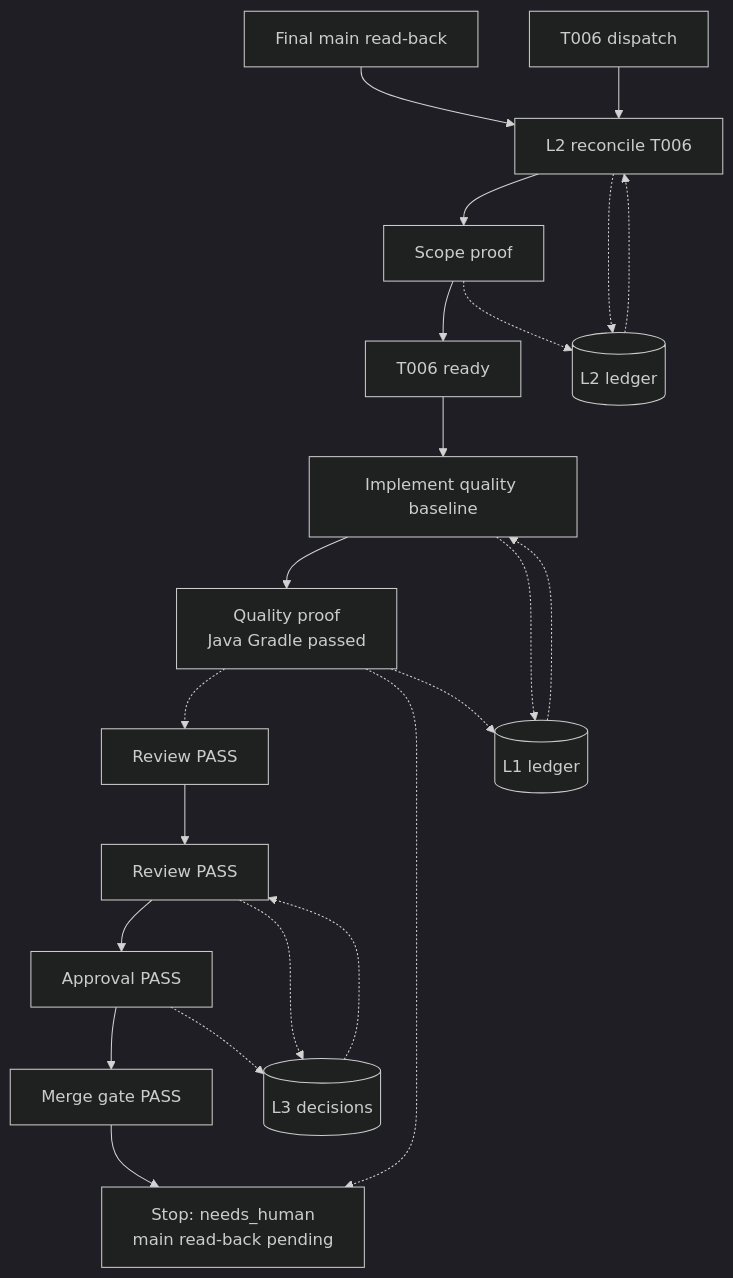
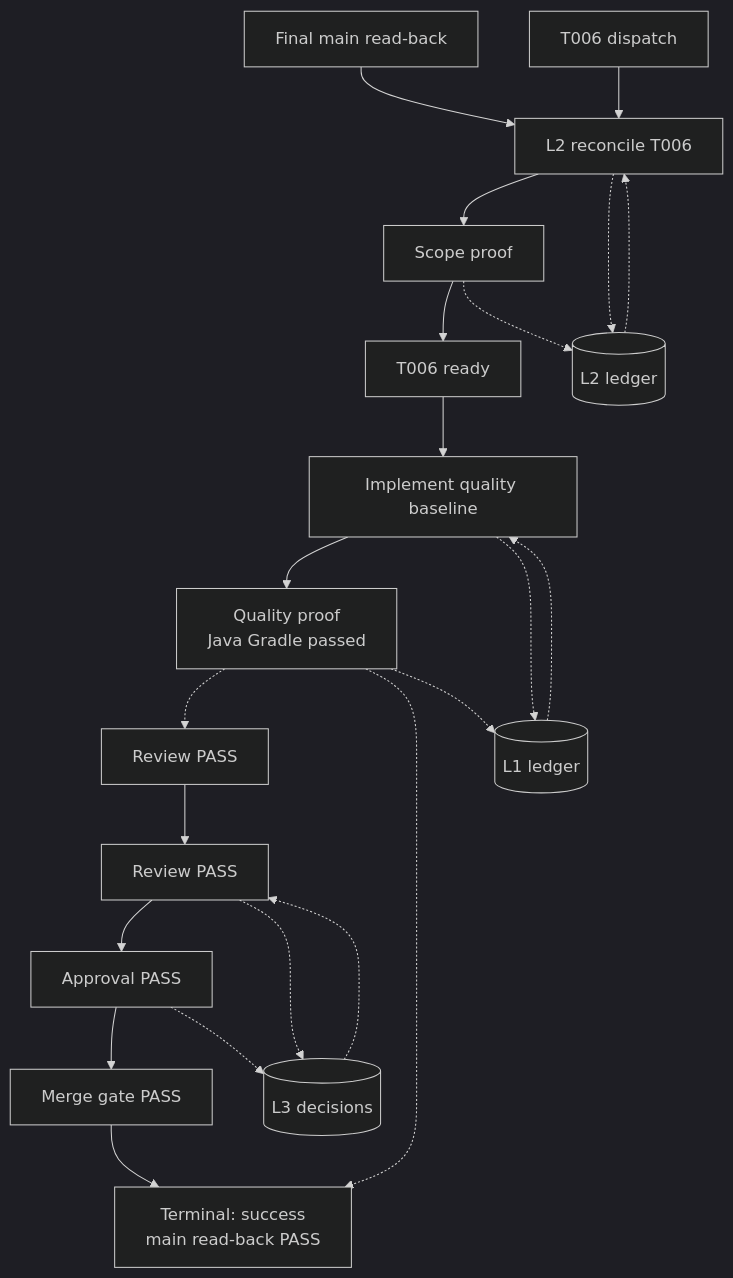
The diagram in .loop/t006-quality-baseline-graphify-loop.mmd (bynanci/courtside-tw), drawn with Mermaid (dark theme) before and after one commit.

Commit message:
T006: mark final Graphify terminal state

```diff
--- a/.loop/t006-quality-baseline-graphify-loop.mmd
+++ b/.loop/t006-quality-baseline-graphify-loop.mmd
@@ -1,22 +1,22 @@
 flowchart TD
   x["Final main read-back"] --> a2["L2 reconcile T006"]
   t2["T006 dispatch"] --> a2
   a2 --> p2["Scope proof"]
   p2 --> t1["T006 ready"]
   t1 --> a1["Implement quality baseline"]
   a1 --> p1["Quality proof\nJava Gradle passed"]
   p1 -.-> t3["Review PASS"]
-  p1 -.-> stop["Stop: needs_human\nmain read-back pending"]
+  p1 -.-> stop["Terminal: success\nmain read-back PASS"]
   t3 --> a3["Review PASS"]
   a3 --> p3["Approval PASS"]
   p3 --> gate["Merge gate PASS"]
   gate --> stop
   a2 -.-> m2[("L2 ledger")]
   p2 -.-> m2
   m2 -.-> a2
   a1 -.-> m1[("L1 ledger")]
   p1 -.-> m1
   m1 -.-> a1
   a3 -.-> m3[("L3 decisions")]
   p3 -.-> m3
   m3 -.-> a3
```
